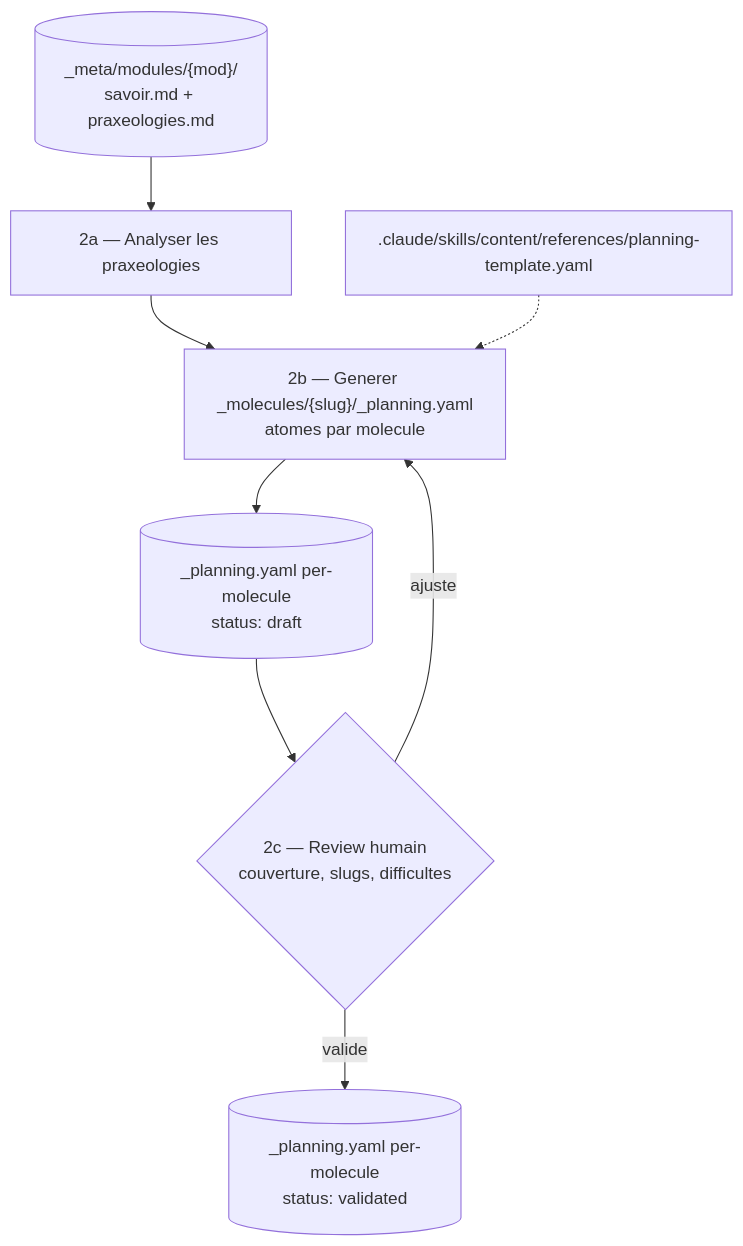
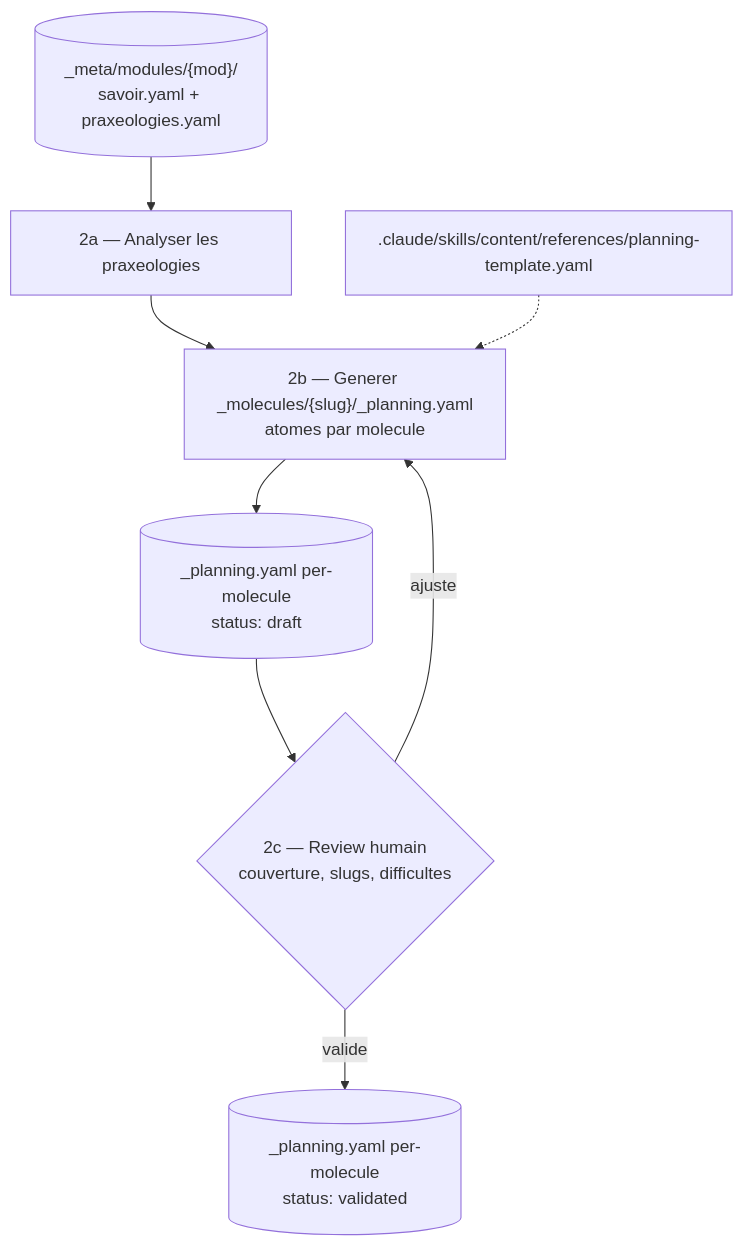
One commit to bilalYezzaGit/learning-web changed the fifth of 8 diagrams in docs/content-agentic-workflow.md. Above: the diagram before and after it, drawn with Mermaid. The commit also changed other lines of this file and 51 other files, not shown here.

First line of the commit message:
Aligner skills et docs sur _meta YAML + regenerer continuite (test non-regression)

````diff
--- a/docs/content-agentic-workflow.md
+++ b/docs/content-agentic-workflow.md
@@ -195,10 +196,10 @@
 ```mermaid
 flowchart TD
-    KB[("_meta/modules/{mod}/\nsavoir.md + praxeologies.md")] --> Analyse["2a — Analyser les praxeologies"]
+    KB[("_meta/modules/{mod}/\nsavoir.yaml + praxeologies.yaml")] --> Analyse["2a — Analyser les praxeologies"]
     Analyse --> Gen["2b — Generer _molecules/{slug}/_planning.yaml\natomes par molecule"]
     TPL[".claude/skills/content/references/planning-template.yaml"] -.-> Gen
     Gen --> PlanD[("_planning.yaml per-molecule\nstatus: draft")]
     PlanD --> Review{"2c — Review humain\ncouverture, slugs, difficultes"}
     Review -->|"ajuste"| Gen
     Review -->|"valide"| PlanV[("_planning.yaml per-molecule\nstatus: validated")]
 ```
````
